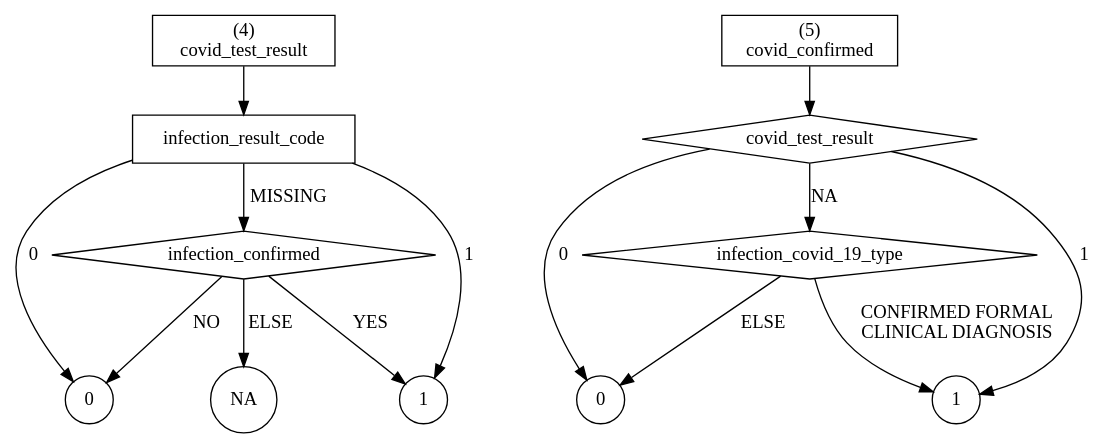
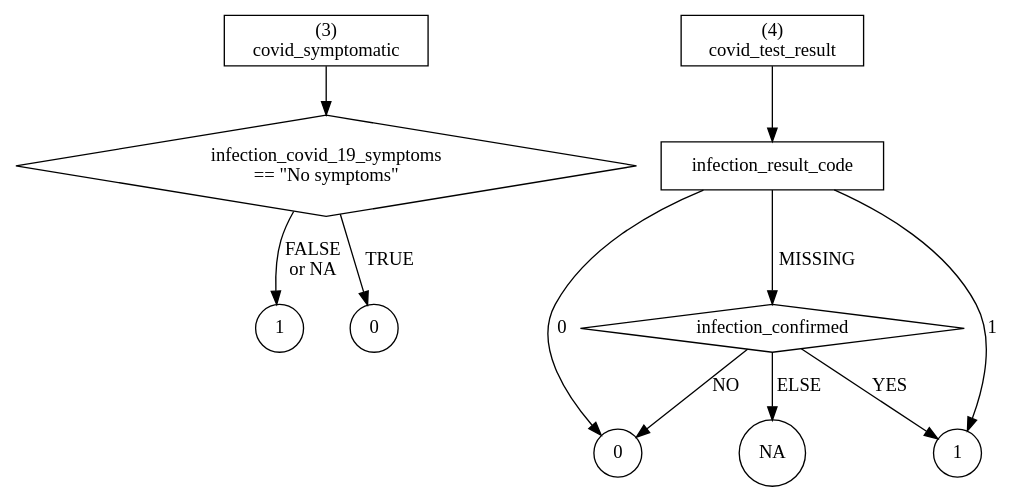
One commit to peterdutey/ch-covid19 changed the diagram in covidWarehouse/man/figure/case_classification_2.gv. Above: the diagram before and after it, drawn with Graphviz. The commit also changed 5 other files, not shown here.

```diff
--- a/covidWarehouse/man/figure/case_classification_2.gv
+++ b/covidWarehouse/man/figure/case_classification_2.gv
@@ -1,35 +1,28 @@
 digraph D {
+  covid_symptomatic [shape=box, label="(3)\ncovid_symptomatic"]
+  infection_covid_19_symptoms [shape=diamond, label="infection_covid_19_symptoms \n== \"No symptoms\""]
+  covid_symptomatic_pos [shape=circle,label="1"]
+  covid_symptomatic_neg [shape=circle,label="0"]
+  covid_symptomatic -> infection_covid_19_symptoms
+  infection_covid_19_symptoms -> covid_symptomatic_pos [label="FALSE\nor NA"]
+  infection_covid_19_symptoms -> covid_symptomatic_neg [label="TRUE"]
 
   covid_test_result [shape=box,label="(4)\ncovid_test_result"]
   covid_test_result_infection_result_code [shape=box, label="infection_result_code"]
   covid_test_result_0 [shape=circle,label="0"]
   covid_test_result_1 [shape=circle,label="1"]
   covid_test_result_NA [shape=circle,label="NA"]
   covid_test_result_infection_result_code_NA [shape=diamond,label="infection_confirmed"]
 
 
   covid_test_result -> covid_test_result_infection_result_code
   covid_test_result_infection_result_code -> covid_test_result_0 [label="0"]
   covid_test_result_infection_result_code -> covid_test_result_1 [label="1"]
   covid_test_result_infection_result_code -> covid_test_result_infection_result_code_NA [label="MISSING"]
   covid_test_result_infection_result_code_NA -> covid_test_result_1 [label="YES"]
   covid_test_result_infection_result_code_NA -> covid_test_result_0 [label="NO"]
   covid_test_result_infection_result_code_NA -> covid_test_result_NA [label="ELSE"]
 
 
-  covid_confirmed [shape=box, label="(5)\ncovid_confirmed"]
-  covid_confirmed_test_result [shape=diamond,label="covid_test_result"]
-  covid_confirmed_0 [shape=circle,label="0"]
-  covid_confirmed_1 [shape=circle,label="1"]
-  covid_confirmed_test_result_MISSING [shape=diamond,label="infection_covid_19_type"]
-
-
-  covid_confirmed -> covid_confirmed_test_result
-  covid_confirmed_test_result -> covid_confirmed_0 [label="0"]
-  covid_confirmed_test_result -> covid_confirmed_1 [label="1"]
-  covid_confirmed_test_result -> covid_confirmed_test_result_MISSING [label="NA"]
-  covid_confirmed_test_result_MISSING -> covid_confirmed_1 [label="CONFIRMED FORMAL\nCLINICAL DIAGNOSIS"]
-  covid_confirmed_test_result_MISSING -> covid_confirmed_0 [label="ELSE"]
-
 
 }
```
